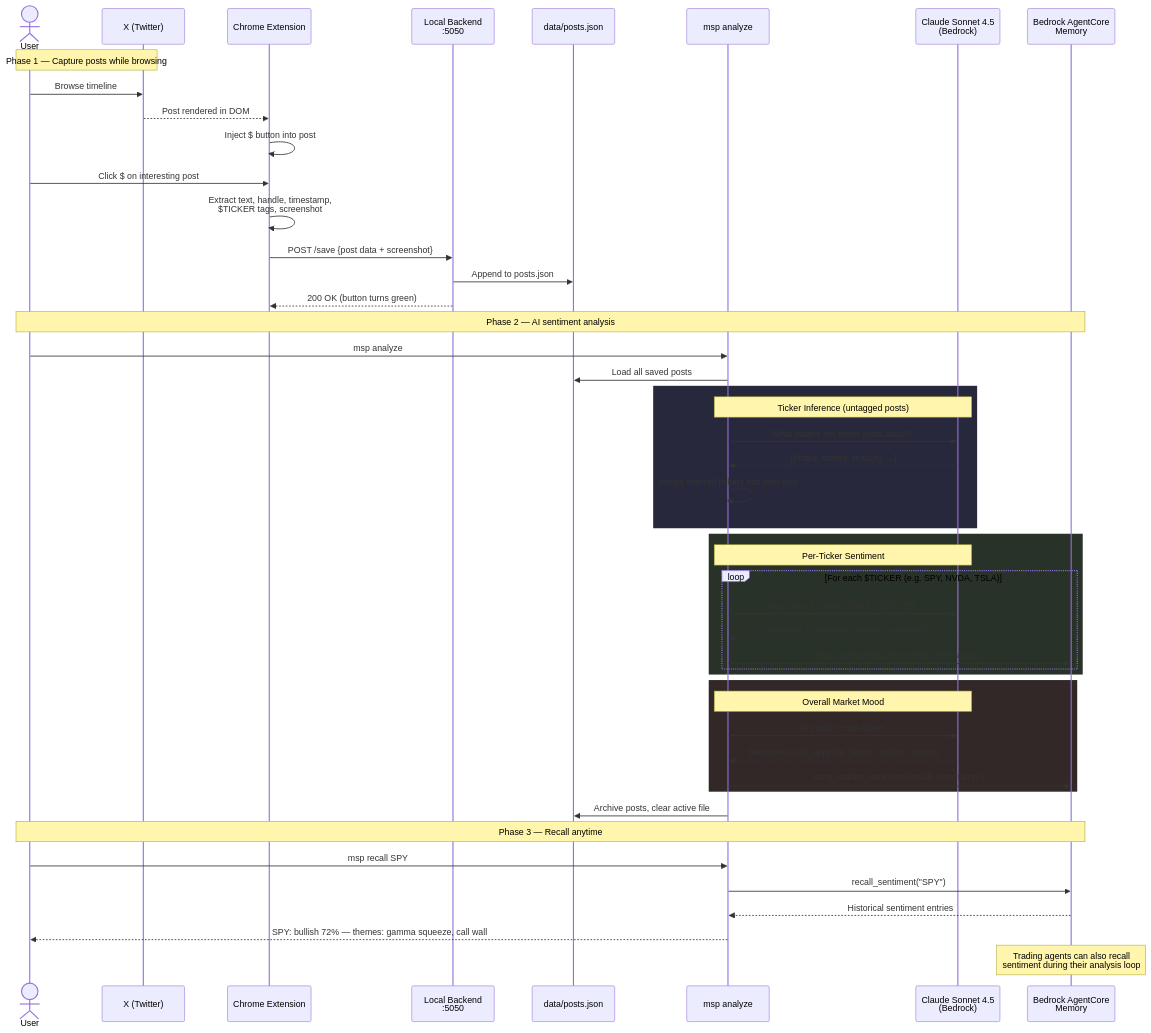
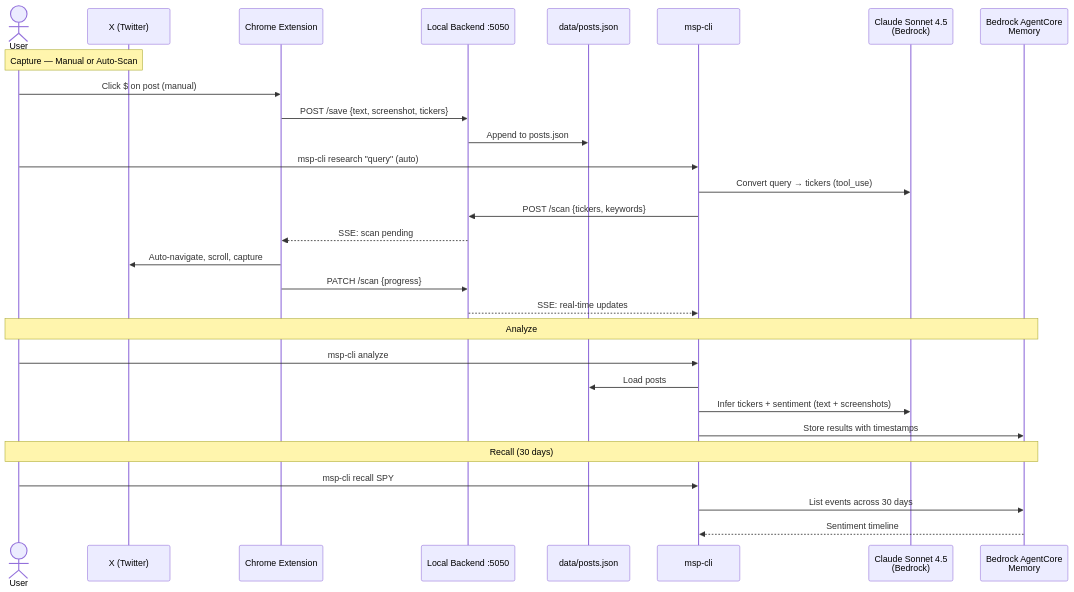
One commit to sayantan94/market-sentiment-plugin changed the diagram in README.md. Above: the diagram before and after it, drawn with Mermaid. The commit also changed other lines of this file and 20 other files, not shown here.

Commit message:
feat: adding auto capture and research cli

````diff
--- a/README.md
+++ b/README.md
@@ -204,61 +287,38 @@
 ```mermaid
 sequenceDiagram
     actor User
     participant X as X (Twitter)
     participant Ext as Chrome Extension
-    participant API as Local Backend<br/>:5050
+    participant API as Local Backend :5050
     participant FS as data/posts.json
-    participant CLI as msp analyze
+    participant CLI as msp-cli
     participant Claude as Claude Sonnet 4.5<br/>(Bedrock)
     participant Mem as Bedrock AgentCore<br/>Memory
 
-    Note over User,X: Phase 1 — Capture posts while browsing
+    Note over User,X: Capture — Manual or Auto-Scan
 
-    User->>X: Browse timeline
-    X-->>Ext: Post rendered in DOM
-    Ext->>Ext: Inject $ button into post
-    User->>Ext: Click $ on interesting post
-    Ext->>Ext: Extract text, handle, timestamp,<br/>$TICKER tags, screenshot
-    Ext->>API: POST /save {post data + screenshot}
+    User->>Ext: Click $ on post (manual)
+    Ext->>API: POST /save {text, screenshot, tickers}
     API->>FS: Append to posts.json
-    API-->>Ext: 200 OK (button turns green)
 
-    Note over User,Mem: Phase 2 — AI sentiment analysis
+    User->>CLI: msp-cli research "query" (auto)
+    CLI->>Claude: Convert query → tickers (tool_use)
+    CLI->>API: POST /scan {tickers, keywords}
+    API-->>Ext: SSE: scan pending
+    Ext->>X: Auto-navigate, scroll, capture
+    Ext->>API: PATCH /scan {progress}
+    API-->>CLI: SSE: real-time updates
 
-    User->>CLI: msp analyze
-    CLI->>FS: Load all saved posts
+    Note over User,Mem: Analyze
 
-    rect rgb(40, 40, 60)
-        Note over CLI,Claude: Ticker Inference (untagged posts)
-        CLI->>Claude: "What tickers are these posts about?"
-        Claude-->>CLI: [{index, tickers, reason}, ...]
-        CLI->>CLI: Merge inferred tickers into post pool
-    end
+    User->>CLI: msp-cli analyze
+    CLI->>FS: Load posts
+    CLI->>Claude: Infer tickers + sentiment (text + screenshots)
+    CLI->>Mem: Store results with timestamps
 
-    rect rgb(40, 50, 40)
-        Note over CLI,Claude: Per-Ticker Sentiment
-        loop For each $TICKER (e.g. SPY, NVDA, TSLA)
-            CLI->>Claude: Posts text + screenshots for $TICKER
-            Claude-->>CLI: {sentiment, confidence, themes, summary}
-            CLI->>Mem: store_sentiment(ticker, result, timestamps)
-        end
-    end
+    Note over User,Mem: Recall (30 days)
 
-    rect rgb(50, 40, 40)
-        Note over CLI,Claude: Overall Market Mood
-        CLI->>Claude: All posts (cross-ticker)
-        Claude-->>CLI: {sentiment, risk_appetite, sector_rotation, macro}
-        CLI->>Mem: store_market_sentiment(result, timestamps)
-    end
-
-    CLI->>FS: Archive posts, clear active file
-
-    Note over User,Mem: Phase 3 — Recall anytime
-
-    User->>CLI: msp recall SPY
-    CLI->>Mem: recall_sentiment("SPY")
-    Mem-->>CLI: Historical sentiment entries
-    CLI-->>User: SPY: bullish 72% — themes: gamma squeeze, call wall
-
-    Note over Mem: Trading agents can also recall<br/>sentiment during their analysis loop
+    User->>CLI: msp-cli recall SPY
+    CLI->>Mem: List events across 30 days
+    Mem-->>CLI: Sentiment timeline
 ```
````
